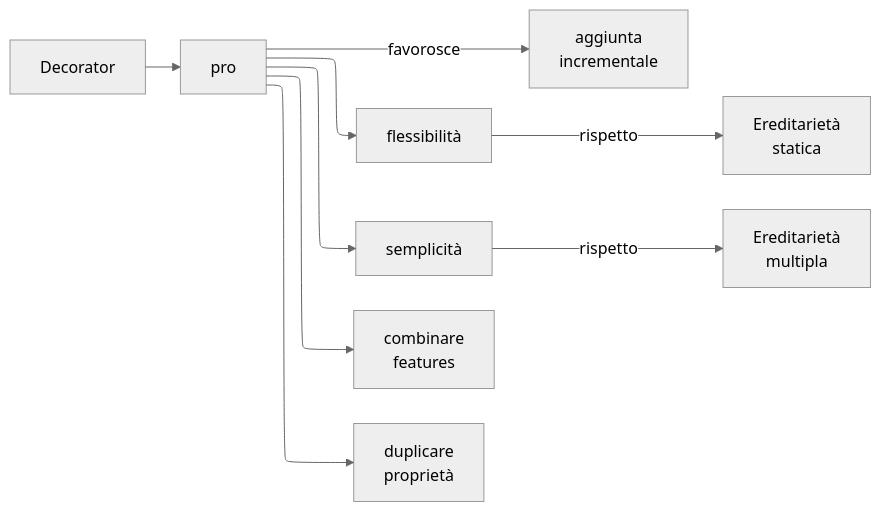
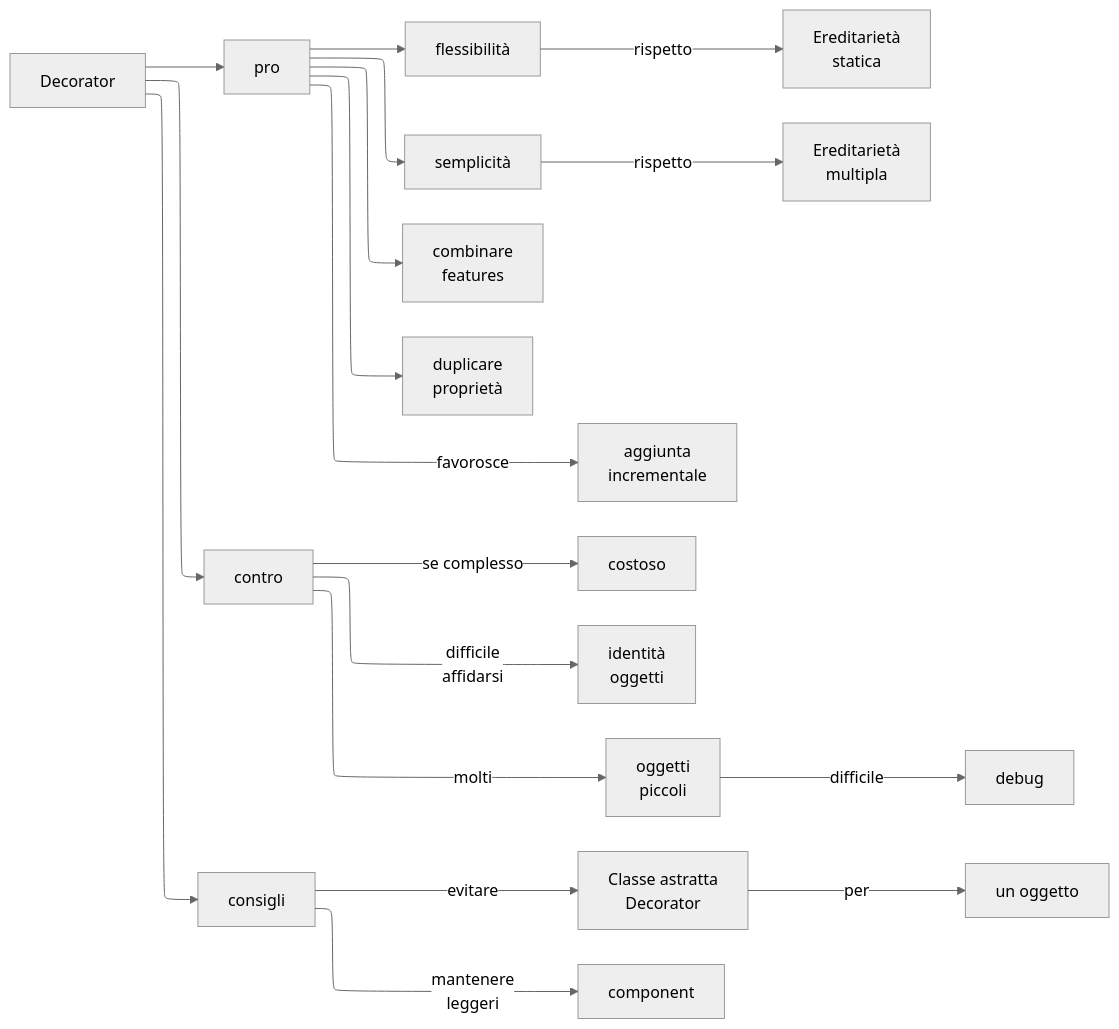
Diagram 11 of 17 in src/content/docs/software_engineering/Progettazione/design-patterns.md (Firi0n/appunti-unipi), drawn with Mermaid (neutral theme) before and after one commit. The commit also changed other lines of this file and 8 other files, not shown here.

````diff
--- a/src/content/docs/software_engineering/Progettazione/design-patterns.md
+++ b/src/content/docs/software_engineering/Progettazione/design-patterns.md
@@ -333,17 +361,31 @@
 ```mermaid
 ---
 config:
     layout: elk
     elk: {
         considerModelOrder: "PREFER_NODES",
         forceNodeModelOrder: true
     }
 ---
 graph LR
 
-Decorator --> pro --> flessibilità -- rispetto --> ES[Ereditarietà<br>statica]
-pro --> semplicità -- rispetto --> EM[Ereditarietà<br>multipla]
-pro --> cf[combinare<br>features] & dp[duplicare<br>proprietà]
-pro -- favorosce --> ai[aggiunta<br>incrementale]
-
+Decorator --> pro --> flessibilità -- rispetto --> ES["Ereditarietà
+statica"]
+pro --> semplicità -- rispetto --> EM["Ereditarietà
+multipla"]
+pro --> cf["combinare
+features"] & dp["duplicare
+proprietà"]
+pro -- favorosce --> ai["aggiunta
+incrementale"]
+Decorator --> contro -- se complesso --> costoso
+contro -- "difficile
+affidarsi" --> io["identità
+oggetti"]
+contro -- molti --> op["oggetti
+piccoli"] -- difficile --> debug
+Decorator --> consigli -- evitare --> CD["Classe astratta
+Decorator"] -- per --> ug[un oggetto]
+consigli -- "mantenere
+leggeri" --> component
 ```
````
